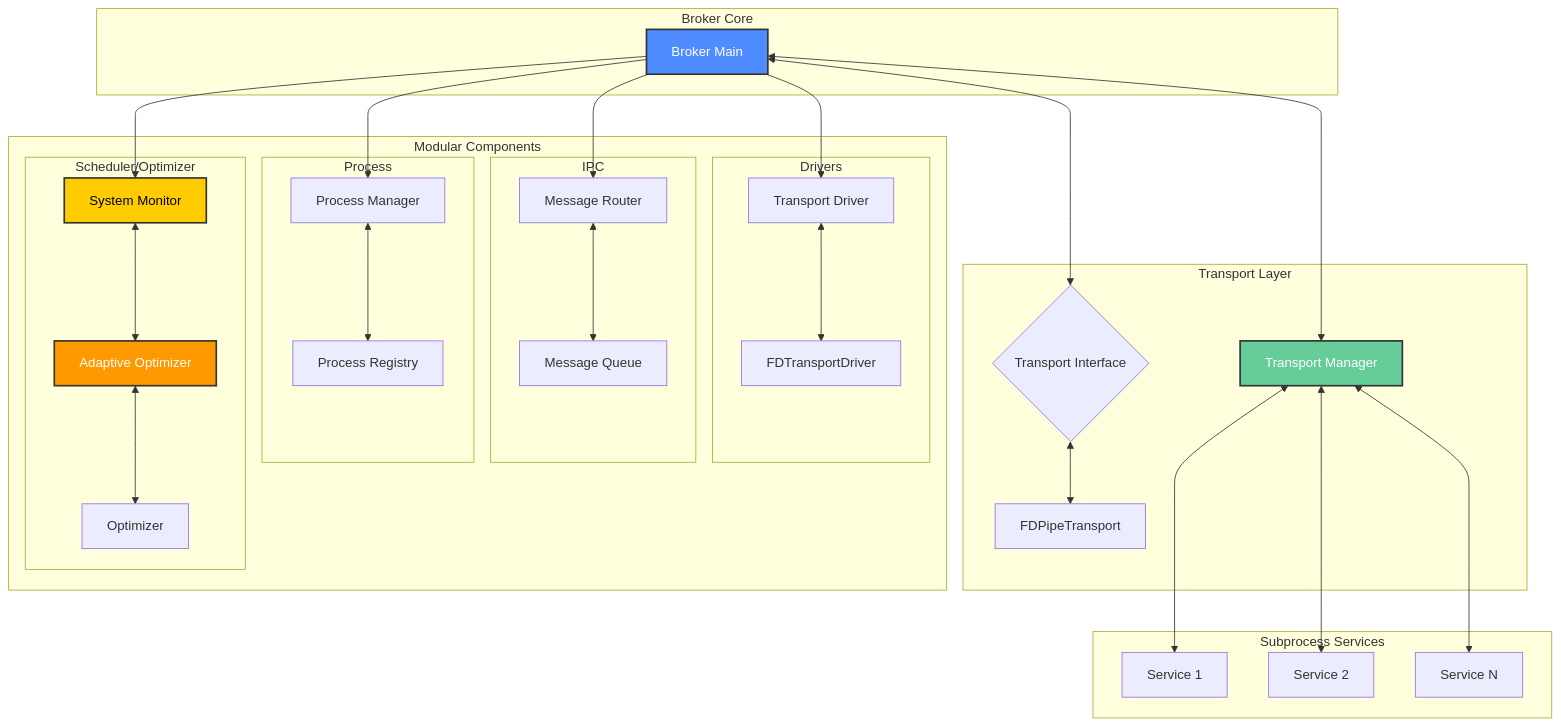
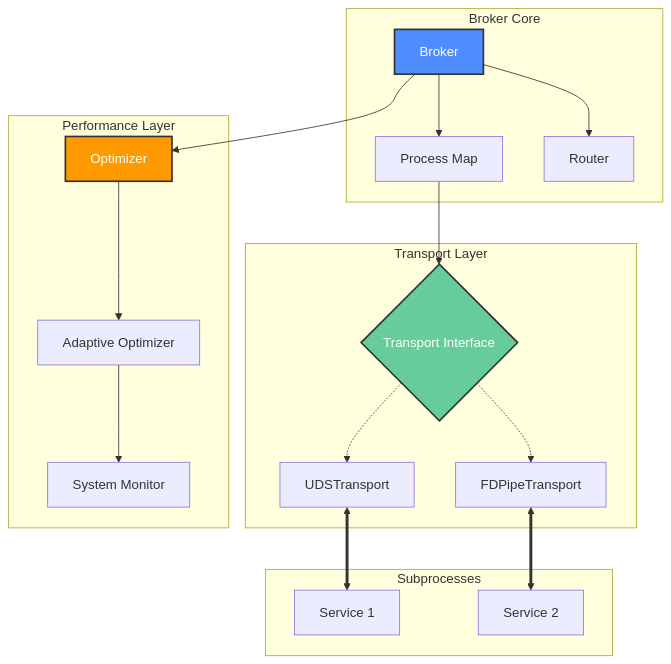
The third of 3 diagrams in README.md (cyw0ng95/v2e), drawn with Mermaid before and after one commit. The commit also changed other lines of this file, not shown here.

Commit message:
Update broker interfaces documentation and fix absolute links

````diff
--- a/README.md
+++ b/README.md
@@ -465,65 +466,43 @@
 ```mermaid
 graph TB
     subgraph "Broker Core"
-        B[Broker Main]
+        B[Broker]
+        P[Process Map]
+        R[Router]
     end
     
     subgraph "Transport Layer"
-        T{Transport Interface}
+        TI{Transport Interface}
+        UDS[UDSTransport]
         FDP[FDPipeTransport]
-        TM[Transport Manager]
     end
     
-    subgraph "Modular Components"
-        subgraph "Drivers"
-            TD[Transport Driver]
-            FDTD[FDTransportDriver]
-        end
-        
-        subgraph "IPC"
-            MR[Message Router]
-            MQ[Message Queue]
-        end
-        
-        subgraph "Process"
-            PM[Process Manager]
-            PR[Process Registry]
-        end
-        
-        subgraph "Scheduler/Optimizer"
-            SM[System Monitor]
-            AO[Adaptive Optimizer]
-            OPT[Optimizer]
-        end
+    subgraph "Performance Layer"
+        OPT[Optimizer]
+        AO[Adaptive Optimizer]
+        SM[System Monitor]
     end
     
-    subgraph "Subprocess Services"
+    subgraph "Subprocesses"
         S1[Service 1]
         S2[Service 2]
-        S3[Service N]
     end
     
-    B <---> T
-    T <--> FDP
-    B <---> TM
+    B --> P
+    B --> R
+    B --> OPT
     
-    B --> TD
-    B --> MR
-    B --> PM
-    B --> SM
+    OPT --> AO
+    AO --> SM
     
-    TD <--> FDTD
-    MR <--> MQ
-    PM <--> PR
-    SM <--> AO
-    AO <--> OPT
+    P --> TI
+    TI -.-> UDS
+    TI -.-> FDP
     
-    TM <---> S1
-    TM <---> S2
-    TM <---> S3
+    UDS <==> S1
+    FDP <==> S2
     
     style B fill:#4e8cff,stroke:#333,stroke-width:2px,color:#fff
-    style SM fill:#ffcc00,stroke:#333,stroke-width:2px,color:#000
-    style AO fill:#ff9900,stroke:#333,stroke-width:2px,color:#fff
-    style TM fill:#66cc99,stroke:#333,stroke-width:2px,color:#fff
+    style OPT fill:#ff9900,stroke:#333,stroke-width:2px,color:#fff
+    style TI fill:#66cc99,stroke:#333,stroke-width:2px,color:#fff
 ```
````
